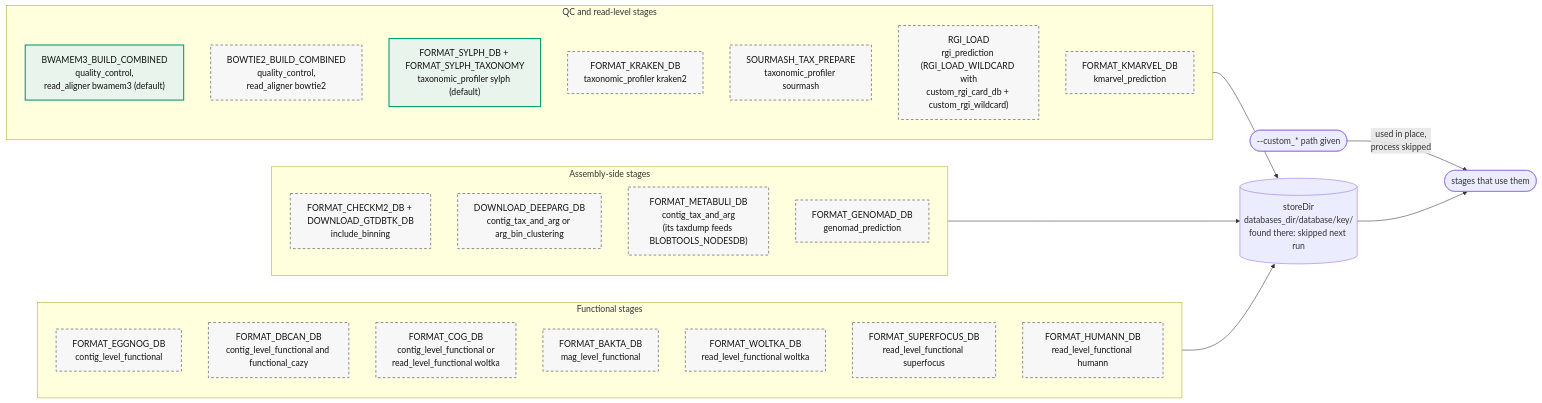
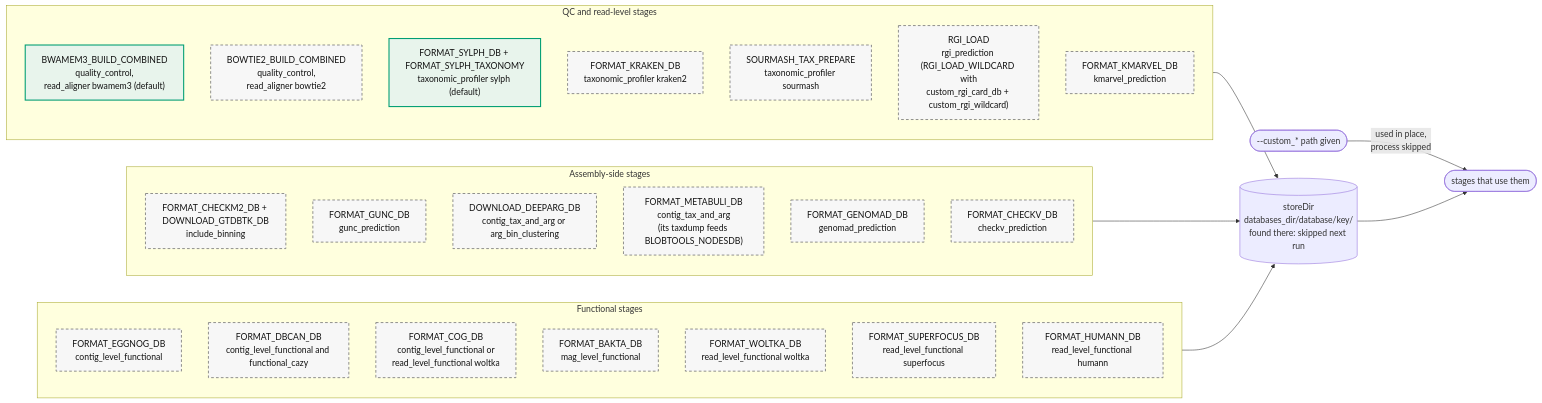
One commit to gene2dis/BugBuster changed the third of 13 diagrams in docs/WORKFLOW_DIAGRAM.md. Above: the diagram before and after it, drawn with Mermaid. The commit also changed other lines of this file and 5 other files, not shown here.

````diff
--- a/docs/WORKFLOW_DIAGRAM.md
+++ b/docs/WORKFLOW_DIAGRAM.md
@@ -146,38 +148,40 @@
 ```mermaid
 flowchart LR
     subgraph Reads["QC and read-level stages"]
         direction TB
         BWAMEM3_BUILD_COMBINED["BWAMEM3_BUILD_COMBINED<br/>quality_control,<br/>read_aligner bwamem3 (default)"]
         BOWTIE2_BUILD_COMBINED["BOWTIE2_BUILD_COMBINED<br/>quality_control,<br/>read_aligner bowtie2"]
         FORMAT_SYLPH_DB["FORMAT_SYLPH_DB + FORMAT_SYLPH_TAXONOMY<br/>taxonomic_profiler sylph (default)"]
         FORMAT_KRAKEN_DB["FORMAT_KRAKEN_DB<br/>taxonomic_profiler kraken2"]
         SOURMASH_TAX_PREPARE["SOURMASH_TAX_PREPARE<br/>taxonomic_profiler sourmash"]
         RGI_LOAD["RGI_LOAD<br/>rgi_prediction (RGI_LOAD_WILDCARD with<br/>custom_rgi_card_db + custom_rgi_wildcard)"]
         FORMAT_KMARVEL_DB["FORMAT_KMARVEL_DB<br/>kmarvel_prediction"]
     end
     subgraph Asm["Assembly-side stages"]
         direction TB
         FORMAT_CHECKM2_DB["FORMAT_CHECKM2_DB + DOWNLOAD_GTDBTK_DB<br/>include_binning"]
+        FORMAT_GUNC_DB["FORMAT_GUNC_DB<br/>gunc_prediction"]
         DOWNLOAD_DEEPARG_DB["DOWNLOAD_DEEPARG_DB<br/>contig_tax_and_arg or arg_bin_clustering"]
         FORMAT_METABULI_DB["FORMAT_METABULI_DB<br/>contig_tax_and_arg<br/>(its taxdump feeds BLOBTOOLS_NODESDB)"]
         FORMAT_GENOMAD_DB["FORMAT_GENOMAD_DB<br/>genomad_prediction"]
+        FORMAT_CHECKV_DB["FORMAT_CHECKV_DB<br/>checkv_prediction"]
     end
     subgraph Func["Functional stages"]
         direction TB
         FORMAT_EGGNOG_DB["FORMAT_EGGNOG_DB<br/>contig_level_functional"]
         FORMAT_DBCAN_DB["FORMAT_DBCAN_DB<br/>contig_level_functional and functional_cazy"]
         FORMAT_COG_DB["FORMAT_COG_DB<br/>contig_level_functional or<br/>read_level_functional woltka"]
         FORMAT_BAKTA_DB["FORMAT_BAKTA_DB<br/>mag_level_functional"]
         FORMAT_WOLTKA_DB["FORMAT_WOLTKA_DB<br/>read_level_functional woltka"]
         FORMAT_SUPERFOCUS_DB["FORMAT_SUPERFOCUS_DB<br/>read_level_functional superfocus"]
         FORMAT_HUMANN_DB["FORMAT_HUMANN_DB<br/>read_level_functional humann"]
     end
     Custom(["--custom_* path given"]) -->|"used in place,<br/>process skipped"| Stages
     Reads & Asm & Func --> Store[("storeDir<br/>databases_dir/database/key/<br/>found there: skipped next run")]
     Store --> Stages(["stages that use them"])
 
     classDef on fill:#E8F4EC,stroke:#009E73,stroke-width:2px,color:#111
     classDef opt fill:#F7F7F7,stroke:#777,stroke-width:1.5px,stroke-dasharray:5 4,color:#111
     class BWAMEM3_BUILD_COMBINED,FORMAT_SYLPH_DB on
-    class BOWTIE2_BUILD_COMBINED,FORMAT_KRAKEN_DB,SOURMASH_TAX_PREPARE,RGI_LOAD,FORMAT_KMARVEL_DB,FORMAT_CHECKM2_DB,DOWNLOAD_DEEPARG_DB,FORMAT_METABULI_DB,FORMAT_GENOMAD_DB,FORMAT_EGGNOG_DB,FORMAT_DBCAN_DB,FORMAT_COG_DB,FORMAT_BAKTA_DB,FORMAT_WOLTKA_DB,FORMAT_SUPERFOCUS_DB,FORMAT_HUMANN_DB opt
+    class BOWTIE2_BUILD_COMBINED,FORMAT_KRAKEN_DB,SOURMASH_TAX_PREPARE,RGI_LOAD,FORMAT_KMARVEL_DB,FORMAT_CHECKM2_DB,FORMAT_GUNC_DB,DOWNLOAD_DEEPARG_DB,FORMAT_METABULI_DB,FORMAT_GENOMAD_DB,FORMAT_CHECKV_DB,FORMAT_EGGNOG_DB,FORMAT_DBCAN_DB,FORMAT_COG_DB,FORMAT_BAKTA_DB,FORMAT_WOLTKA_DB,FORMAT_SUPERFOCUS_DB,FORMAT_HUMANN_DB opt
 ```
````
